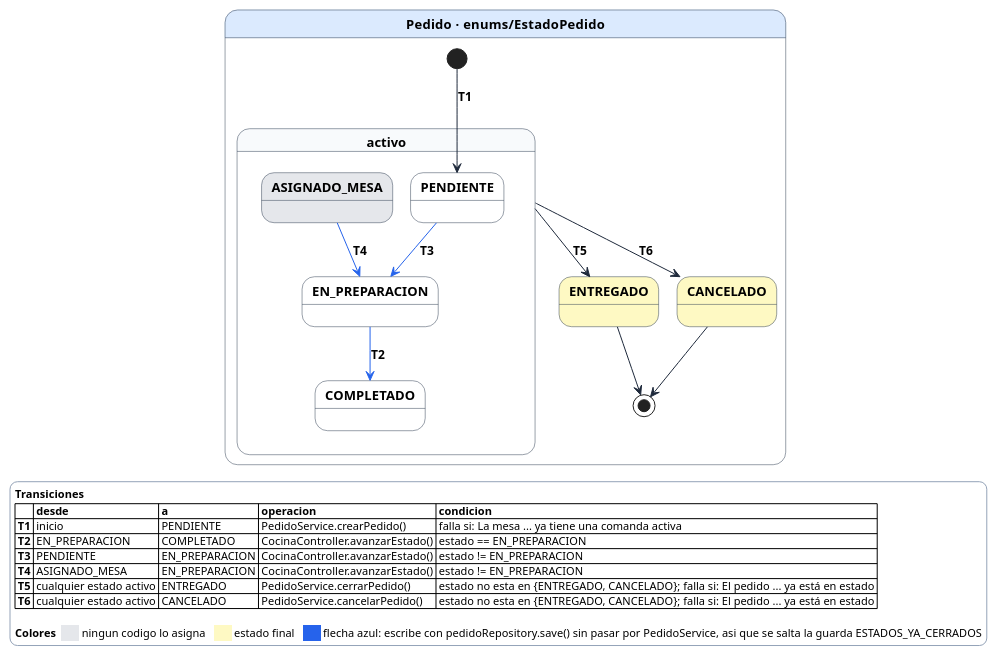
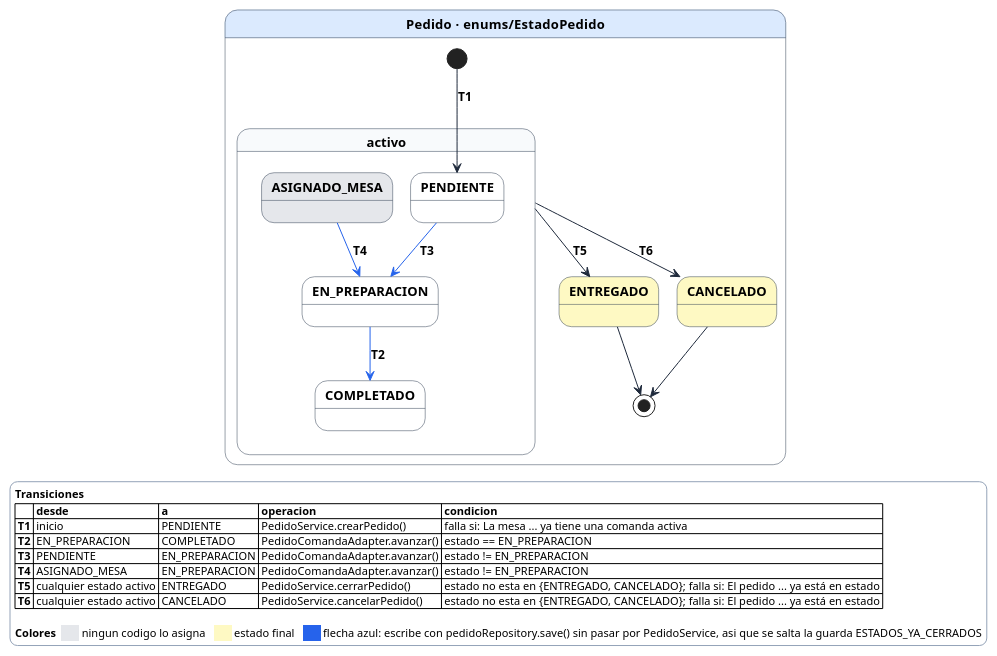
Before and after one commit to puj-course/FIS_2630_1204_G2: the diagram in docs/diagramas-fuente/DiagramaEstados_Pedido.puml, drawn with PlantUML. The commit also changed 26 other files, not shown here.

```diff
--- a/docs/diagramas-fuente/DiagramaEstados_Pedido.puml
+++ b/docs/diagramas-fuente/DiagramaEstados_Pedido.puml
@@ -1,47 +1,47 @@
 @startuml
 skinparam backgroundColor #FFFFFF
 skinparam shadowing false
 skinparam defaultFontName Helvetica
 skinparam nodesep 32
 skinparam ranksep 48
 skinparam ArrowFontSize 12
 skinparam ArrowFontStyle bold
 skinparam ArrowColor #1E293B
 skinparam StateFontSize 13
 skinparam StateFontStyle bold
 skinparam StateBackgroundColor #FFFFFF
 skinparam StateBorderColor #334155
 skinparam legendBackgroundColor #FFFFFF
 skinparam legendBorderColor #94A3B8
 skinparam legendFontSize 11
 state "Pedido  ·  enums/EstadoPedido" as PEDIDO #DBEAFE {
   state "activo" as P_ACTIVO #F8FAFC {
     state "PENDIENTE" as P_PENDIENTE
     state "ASIGNADO_MESA" as P_ASIGNADO_MESA #E5E7EB
     state "EN_PREPARACION" as P_EN_PREPARACION
     state "COMPLETADO" as P_COMPLETADO
   }
   state "ENTREGADO" as P_ENTREGADO #FEF9C3
   state "CANCELADO" as P_CANCELADO #FEF9C3
   [*] --> P_PENDIENTE : T1
   P_EN_PREPARACION -[#2563EB]-> P_COMPLETADO : T2
   P_PENDIENTE -[#2563EB]-> P_EN_PREPARACION : T3
   P_ASIGNADO_MESA -[#2563EB]-> P_EN_PREPARACION : T4
   P_ACTIVO --> P_ENTREGADO : T5
   P_ACTIVO --> P_CANCELADO : T6
   P_ENTREGADO --> [*]
   P_CANCELADO --> [*]
 }
 legend bottom
 <b>Transiciones</b>
 |=  |= desde |= a |= operacion |= condicion |
 | <b>T1</b> | inicio | PENDIENTE | PedidoService.crearPedido() | falla si: La mesa ... ya tiene una comanda activa |
-| <b>T2</b> | EN_PREPARACION | COMPLETADO | CocinaController.avanzarEstado() | estado == EN_PREPARACION |
-| <b>T3</b> | PENDIENTE | EN_PREPARACION | CocinaController.avanzarEstado() | estado != EN_PREPARACION |
-| <b>T4</b> | ASIGNADO_MESA | EN_PREPARACION | CocinaController.avanzarEstado() | estado != EN_PREPARACION |
+| <b>T2</b> | EN_PREPARACION | COMPLETADO | PedidoComandaAdapter.avanzar() | estado == EN_PREPARACION |
+| <b>T3</b> | PENDIENTE | EN_PREPARACION | PedidoComandaAdapter.avanzar() | estado != EN_PREPARACION |
+| <b>T4</b> | ASIGNADO_MESA | EN_PREPARACION | PedidoComandaAdapter.avanzar() | estado != EN_PREPARACION |
 | <b>T5</b> | cualquier estado activo | ENTREGADO | PedidoService.cerrarPedido() | estado no esta en {ENTREGADO, CANCELADO}; falla si: El pedido ... ya está en estado |
 | <b>T6</b> | cualquier estado activo | CANCELADO | PedidoService.cancelarPedido() | estado no esta en {ENTREGADO, CANCELADO}; falla si: El pedido ... ya está en estado |
 
 <b>Colores</b>  <back:#E5E7EB>      </back> ningun codigo lo asigna   <back:#FEF9C3>      </back> estado final   <back:#2563EB>      </back> flecha azul: escribe con pedidoRepository.save() sin pasar por PedidoService, asi que se salta la guarda ESTADOS_YA_CERRADOS
 endlegend
 @enduml
```
